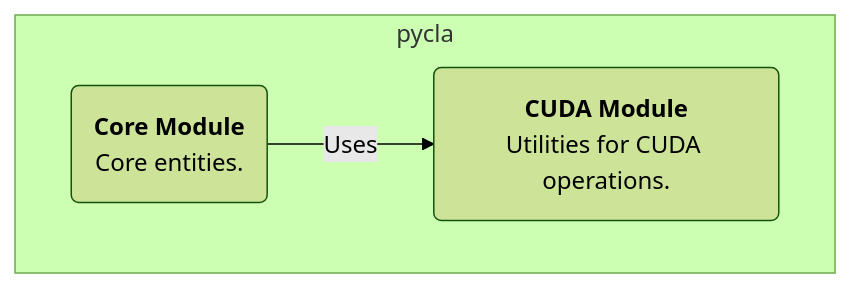
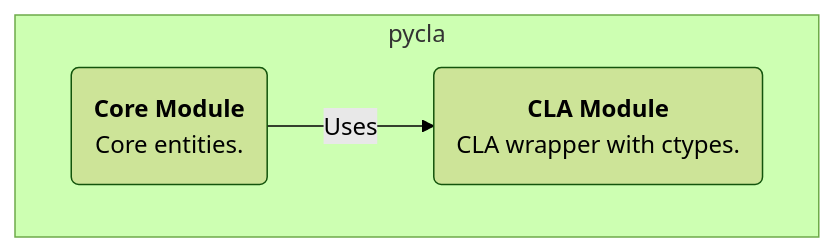
The third of 3 diagrams in README.md (moesio-f/cla), drawn with Mermaid (forest theme) before and after one commit. The commit also changed other lines of this file and 1 other file, not shown here.

````diff
--- a/README.md
+++ b/README.md
@@ -111,9 +119,9 @@
 ```mermaid
 flowchart TD
   core("<strong>Core Module</strong><br>Core entities.")
-  cuda("<strong>CUDA Module</strong><br>Utilities for CUDA operations.")
+  wrapper("<strong>CLA Module</strong><br>CLA wrapper with ctypes.")
 
   subgraph pycla
-  core -->|Uses| cuda
+  core -->|Uses| wrapper
   end
 ```
````
